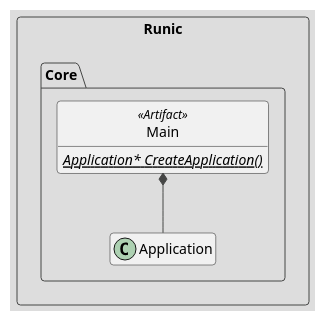
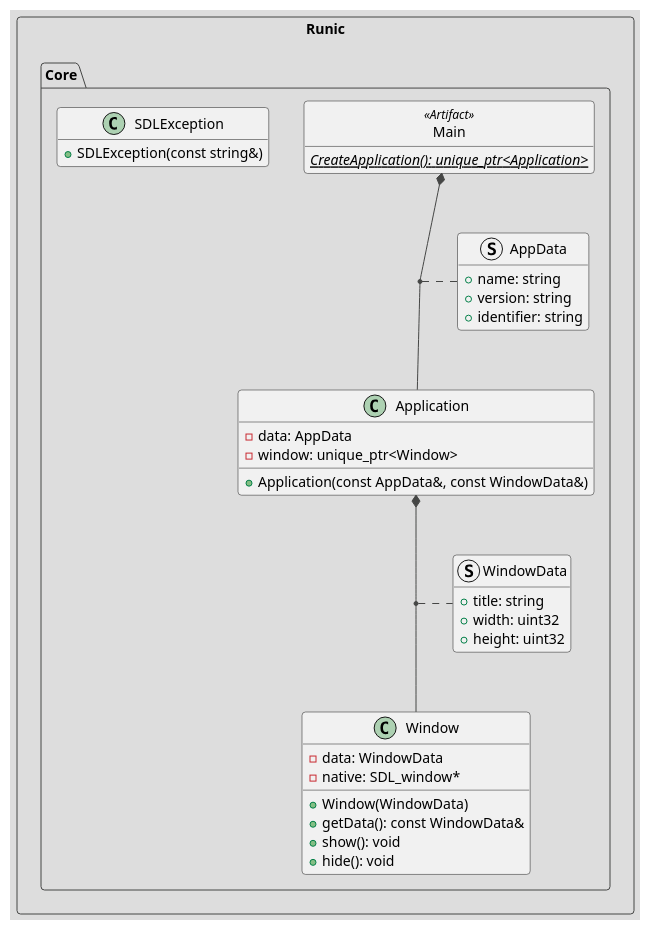
Before and after one commit to dedbox/Runic: the diagram in Runic/doc/classes.plantuml, drawn with PlantUML. The commit also changed 9 other files, not shown here.

```diff
--- a/Runic/doc/classes.plantuml
+++ b/Runic/doc/classes.plantuml
@@ -1,21 +1,58 @@
 @startuml
 !theme toy
 
 package Runic <<rectangle>> {
   package Core <<folder>> {
     class Main <<Artifact>> {
-      {static} {abstract} Application* CreateApplication()
+      {static} {abstract} CreateApplication(): unique_ptr<Application>
     }
 
     hide <<Artifact>> circle
     hide <<Artifact>> fields
 
-    class Application
+    struct AppData {
+      + name: string
+      + version: string
+      + identifier: string
+    }
 
-    hide Application members
+    hide AppData methods
+
+    class Application {
+      - data: AppData
+      - window: unique_ptr<Window>
+      + Application(const AppData&, const WindowData&)
+    }
 
     Main *-- Application
+    (Main, Application) .. AppData
+
+    struct WindowData {
+      + title: string
+      + width: uint32
+      + height: uint32
+    }
+
+    hide WindowData methods
+
+    class Window {
+      - data: WindowData
+      - native: SDL_window*
+      + Window(WindowData)
+      + getData(): const WindowData&
+      + show(): void
+      + hide(): void
+    }
+
+    Application *-- Window
+    (Application, Window) .. WindowData
+
+    class SDLException {
+      + SDLException(const string&)
+    }
+
+    hide SDLException fields
   }
 }
 
 @enduml
```
